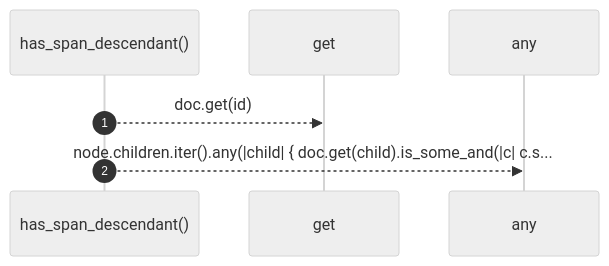
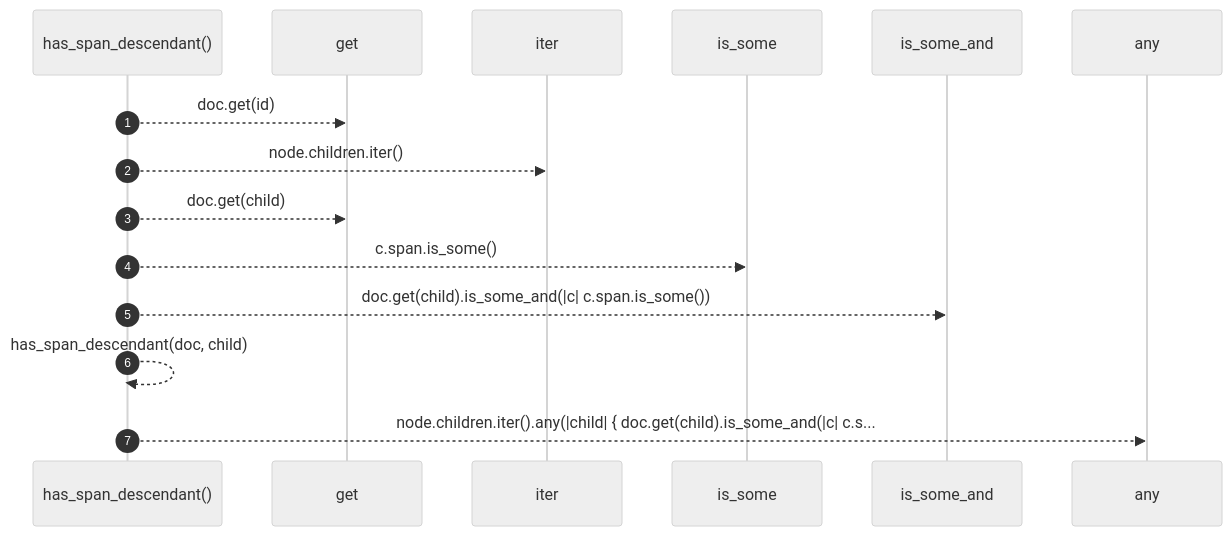
One commit to RyanGuild/self-describing-code changed the diagram in docs/self-model/robby_ir/coverage/has-span-descendant.md. Above: the diagram before and after it, drawn with Mermaid (neutral theme). The commit also changed other lines of this file and 1404 other files, not shown here.

````diff
--- a/docs/self-model/robby_ir/coverage/has-span-descendant.md
+++ b/docs/self-model/robby_ir/coverage/has-span-descendant.md
@@ -23,9 +23,17 @@
 ```mermaid
 sequenceDiagram
     autonumber
     participant has_span_descendant as has_span_descendant()
     participant get as get
+    participant iter as iter
+    participant is_some as is_some
+    participant is_some_and as is_some_and
     participant any as any
     has_span_descendant-->>get: doc.get(id)
+    has_span_descendant-->>iter: node.children.iter()
+    has_span_descendant-->>get: doc.get(child)
+    has_span_descendant-->>is_some: c.span.is_some()
+    has_span_descendant-->>is_some_and: doc.get(child).is_some_and(|c| c.span.is_some())
+    has_span_descendant-->>has_span_descendant: has_span_descendant(doc, child)
     has_span_descendant-->>any: node.children.iter().any(|child| { doc.get(child).is_some_and(|c| c.s...
 ```
````
